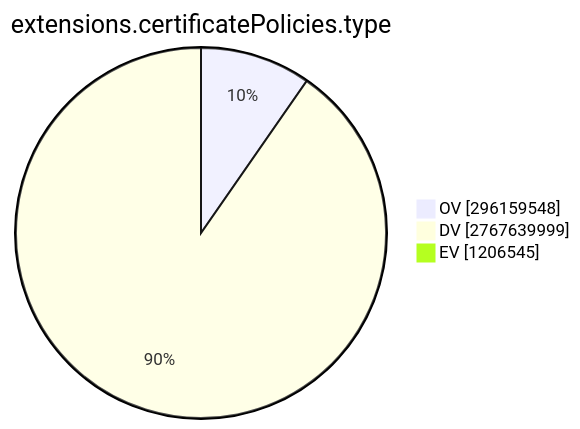
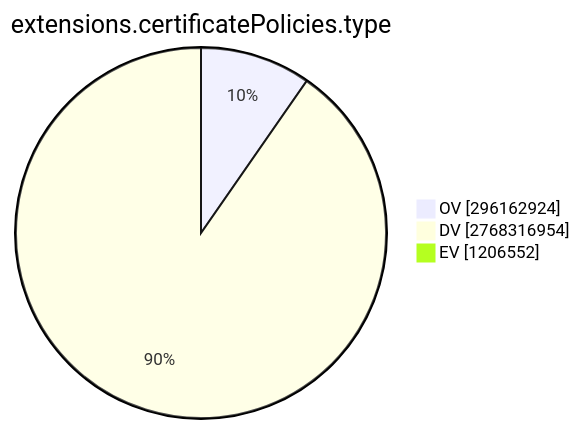
Before and after one commit to christiankrug/ctmonitor_visualization: the ninth of 15 diagrams in TOTAL/README.md, drawn with Mermaid. The commit also changed other lines of this file, not shown here.

````diff
--- a/TOTAL/README.md
+++ b/TOTAL/README.md
@@ -3099,7 +3099,7 @@
 ```mermaid
 pie showData
 title extensions.certificatePolicies.type
-"OV" :296159548
-"DV" :2767639999
-"EV" :1206545
+"OV" :296162924
+"DV" :2768316954
+"EV" :1206552
 ```
````
